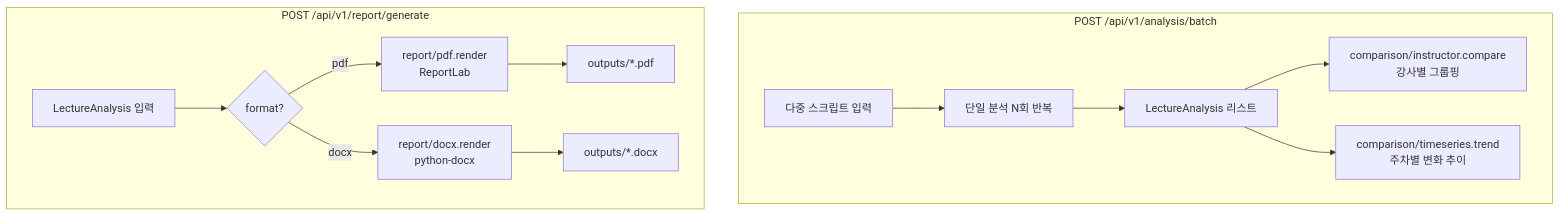
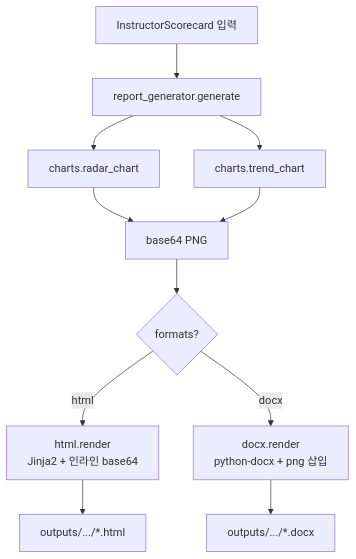
Before and after one commit to LectureInsight-Lab/backend: the second of 2 diagrams in README.md, drawn with Mermaid. The commit also changed other lines of this file and 41 other files, not shown here.

````diff
--- a/README.md
+++ b/README.md
@@ -122,17 +204,13 @@
 ```mermaid
 flowchart TD
-    subgraph BATCH["POST /api/v1/analysis/batch"]
-        B1[다중 스크립트 입력] --> B2[단일 분석 N회 반복]
-        B2 --> B3[LectureAnalysis 리스트]
-        B3 --> B4[comparison/instructor.compare<br/>강사별 그룹핑]
-        B3 --> B5[comparison/timeseries.trend<br/>주차별 변화 추이]
-    end
-
-    subgraph REPORT["POST /api/v1/report/generate"]
-        R1[LectureAnalysis 입력] --> R2{format?}
-        R2 -->|pdf| R3[report/pdf.render<br/>ReportLab]
-        R2 -->|docx| R4[report/docx.render<br/>python-docx]
-        R3 --> R5[outputs/*.pdf]
-        R4 --> R6[outputs/*.docx]
-    end
+    R1[InstructorScorecard 입력] --> R2[report_generator.generate]
+    R2 --> R3[charts.radar_chart]
+    R2 --> R4[charts.trend_chart]
+    R3 --> R5[base64 PNG]
+    R4 --> R5
+    R5 --> R6{formats?}
+    R6 -->|html| R7[html.render<br/>Jinja2 + 인라인 base64]
+    R6 -->|docx| R8[docx.render<br/>python-docx + png 삽입]
+    R7 --> R9[outputs/.../*.html]
+    R8 --> R10[outputs/.../*.docx]
 ```
````
